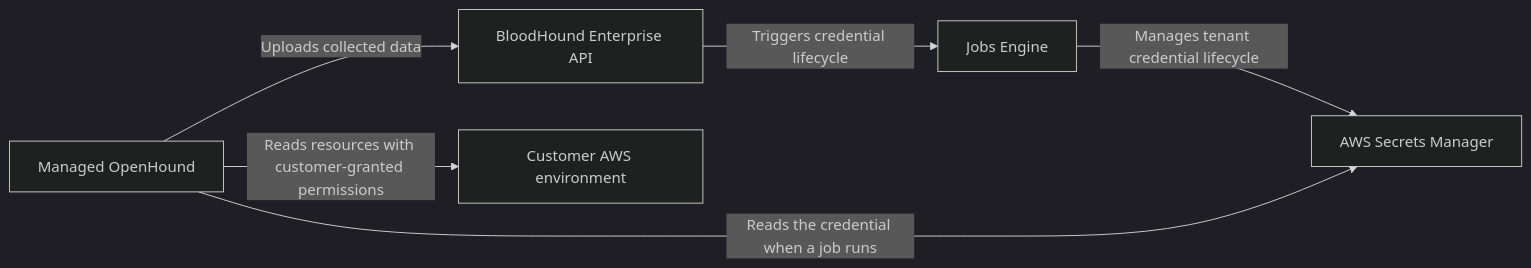
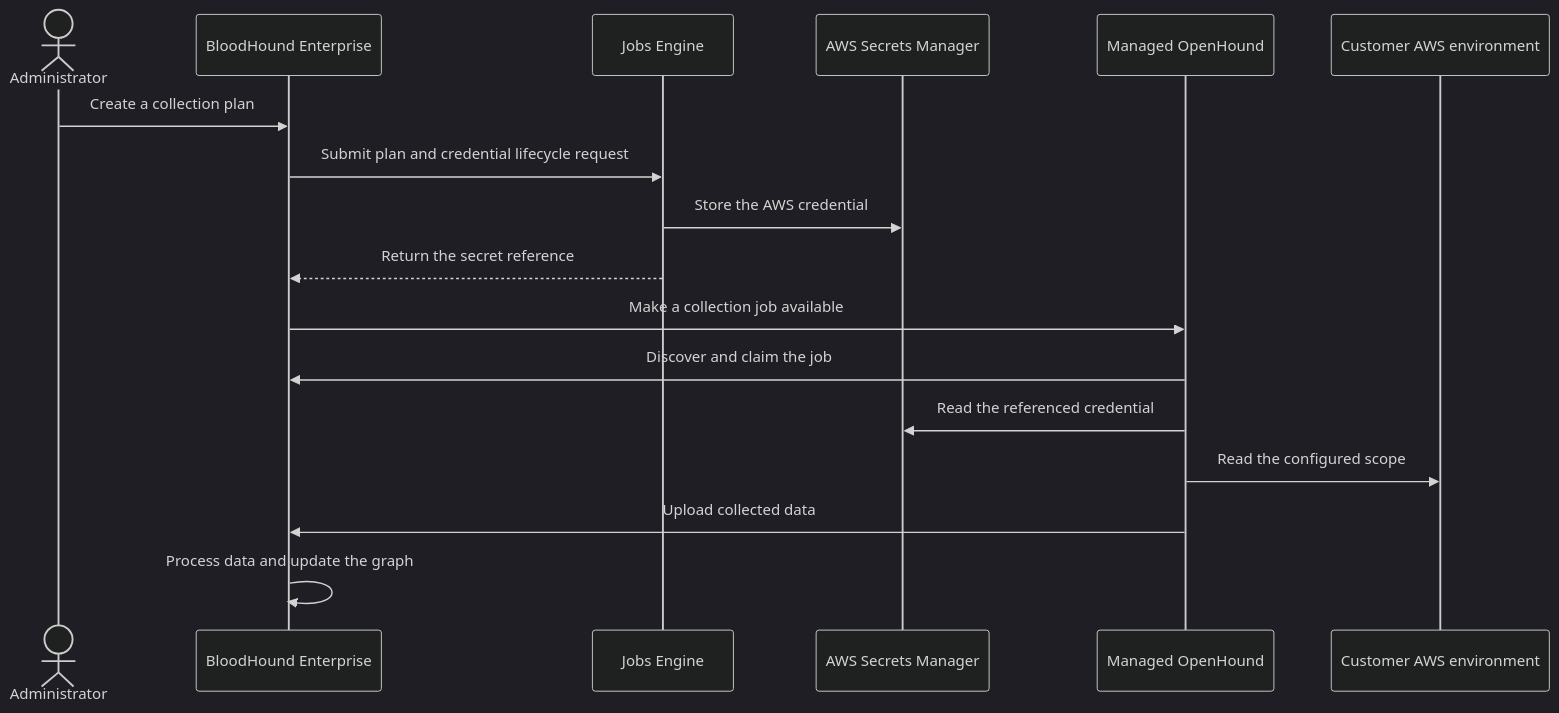
One commit to SpecterOps/bloodhound-docs changed the diagram in docs/collect-data/enterprise-collection/managed-collection/security-and-compliance.mdx. Above: the diagram before and after it, drawn with Mermaid (dark theme). The commit also changed other lines of this file and 5 other files, not shown here.

````diff
--- a/docs/collect-data/enterprise-collection/managed-collection/security-and-compliance.mdx
+++ b/docs/collect-data/enterprise-collection/managed-collection/security-and-compliance.mdx
@@ -19,14 +21,20 @@
 ```mermaid
-flowchart LR
-    BHE[BloodHound Enterprise API]
-    Jobs[Jobs Engine]
-    Secrets[AWS Secrets Manager]
-    Collector[Managed OpenHound]
-    AWS[Customer AWS environment]
+sequenceDiagram
+    actor Administrator
+    participant BHE as BloodHound Enterprise
+    participant Jobs as Jobs Engine
+    participant Secrets as AWS Secrets Manager
+    participant Collector as Managed OpenHound
+    participant AWS as Customer AWS environment
 
-    BHE -->|Triggers credential lifecycle| Jobs
-    Jobs -->|Manages tenant credential lifecycle| Secrets
-    Collector -->|Reads the credential when a job runs| Secrets
-    Collector -->|Reads resources with customer-granted permissions| AWS
-    Collector -->|Uploads collected data| BHE
+    Administrator->>BHE: Create a collection plan
+    BHE->>Jobs: Submit plan and credential lifecycle request
+    Jobs->>Secrets: Store the AWS credential
+    Jobs-->>BHE: Return the secret reference
+    BHE->>Collector: Make a collection job available
+    Collector->>BHE: Discover and claim the job
+    Collector->>Secrets: Read the referenced credential
+    Collector->>AWS: Read the configured scope
+    Collector->>BHE: Upload collected data
+    BHE->>BHE: Process data and update the graph
 ```
````
